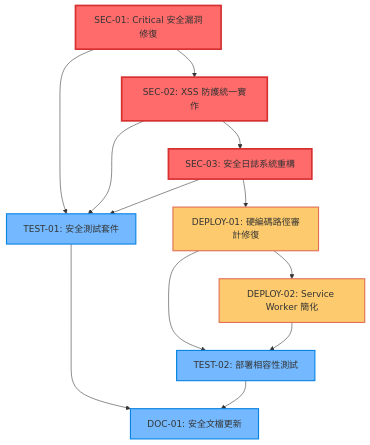
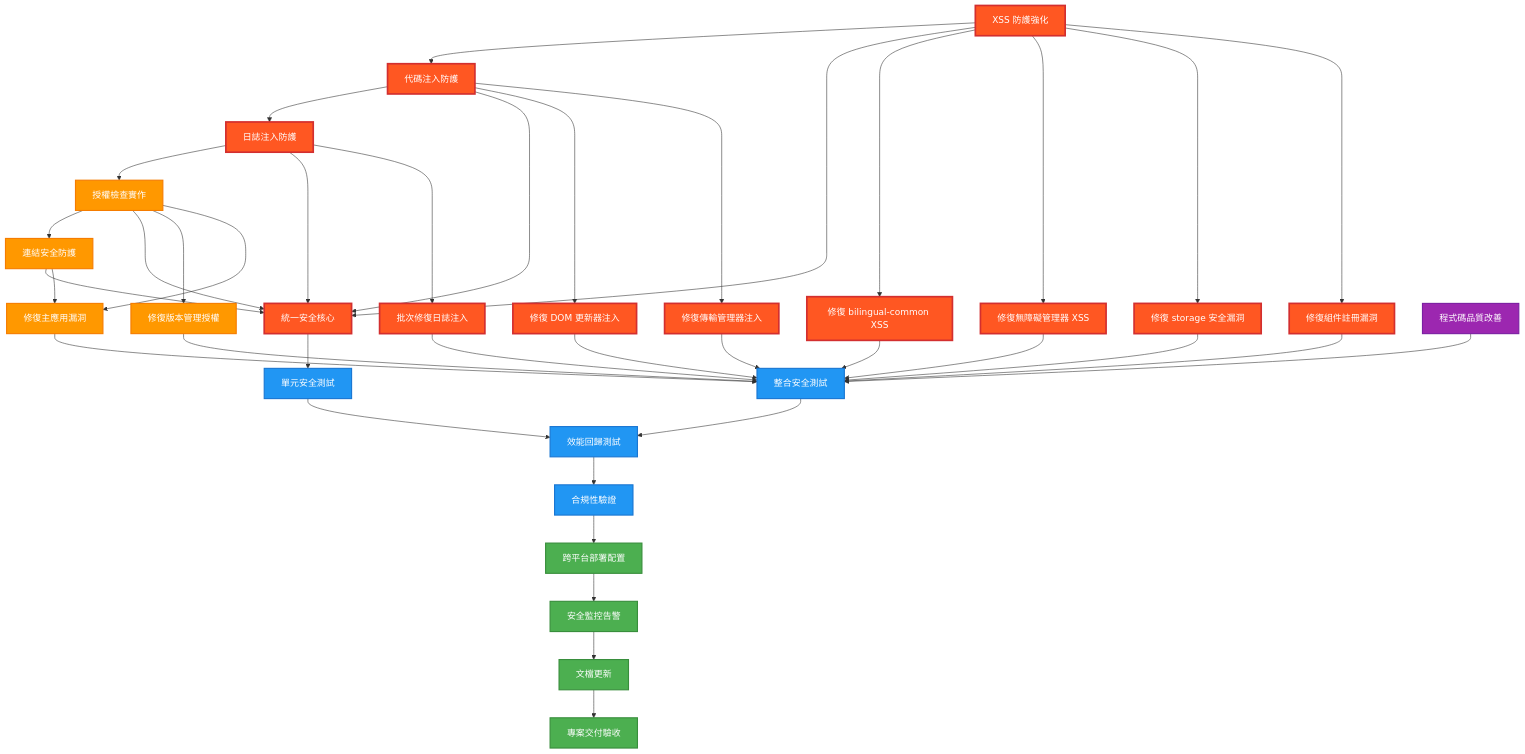
One commit to iim0663418/DB-Card changed the second of 2 diagrams in docs/tasks.md. Above: the diagram before and after it, drawn with Mermaid. The commit also changed other lines of this file and 78 other files, not shown here.

````diff
--- a/docs/tasks.md
+++ b/docs/tasks.md
@@ -57,25 +120,63 @@
 ```mermaid
 graph TD
-    SEC-01[SEC-01: Critical 安全漏洞修復] --> SEC-02[SEC-02: XSS 防護統一實作]
-    SEC-02 --> SEC-03[SEC-03: 安全日誌系統重構]
-    SEC-03 --> DEPLOY-01[DEPLOY-01: 硬編碼路徑審計修復]
-    DEPLOY-01 --> DEPLOY-02[DEPLOY-02: Service Worker 簡化]
+    %% Phase 1 - Critical Security Core
+    SEC-001[XSS 防護強化] --> SEC-002[代碼注入防護]
+    SEC-002 --> SEC-003[日誌注入防護]
+    SEC-003 --> SEC-004[授權檢查實作]
+    SEC-004 --> SEC-005[連結安全防護]
+    SEC-001 --> SEC-006[統一安全核心]
+    SEC-002 --> SEC-006
+    SEC-003 --> SEC-006
+    SEC-004 --> SEC-006
+    SEC-005 --> SEC-006
     
-    SEC-01 --> TEST-01[TEST-01: 安全測試套件]
-    SEC-02 --> TEST-01
-    SEC-03 --> TEST-01
+    %% Phase 2 - Application Security Fixes
+    SEC-001 --> APP-001[修復 bilingual-common XSS]
+    SEC-001 --> APP-002[修復無障礙管理器 XSS]
+    SEC-001 --> APP-003[修復 storage 安全漏洞]
+    SEC-001 --> APP-004[修復組件註冊漏洞]
+    SEC-002 --> APP-005[修復 DOM 更新器注入]
+    SEC-002 --> APP-006[修復傳輸管理器注入]
+    SEC-004 --> APP-007[修復版本管理授權]
+    SEC-004 --> APP-008[修復主應用漏洞]
+    SEC-005 --> APP-008
+    SEC-003 --> LOG-001[批次修復日誌注入]
     
-    DEPLOY-01 --> TEST-02[TEST-02: 部署相容性測試]
-    DEPLOY-02 --> TEST-02
+    %% Phase 3 - Testing & Quality
+    SEC-006 --> TEST-001[單元安全測試]
+    APP-001 --> TEST-002[整合安全測試]
+    APP-002 --> TEST-002
+    APP-003 --> TEST-002
+    APP-004 --> TEST-002
+    APP-005 --> TEST-002
+    APP-006 --> TEST-002
+    APP-007 --> TEST-002
+    APP-008 --> TEST-002
+    LOG-001 --> TEST-002
     
-    TEST-01 --> DOC-01[DOC-01: 安全文檔更新]
-    TEST-02 --> DOC-01
+    TEST-001 --> TEST-003[效能回歸測試]
+    TEST-002 --> TEST-003
+    TEST-003 --> TEST-004[合規性驗證]
     
-    classDef critical fill:#ff6b6b,stroke:#d63031,stroke-width:3px
-    classDef high fill:#fdcb6e,stroke:#e17055,stroke-width:2px
-    classDef medium fill:#74b9ff,stroke:#0984e3,stroke-width:2px
+    %% Deployment & Documentation
+    TEST-004 --> DEPLOY-001[跨平台部署配置]
+    DEPLOY-001 --> DEPLOY-002[安全監控告警]
+    DEPLOY-002 --> DOC-001[文檔更新]
+    DOC-001 --> HANDOFF-001[專案交付驗收]
     
-    class SEC-01,SEC-02,SEC-03 critical
-    class DEPLOY-01,DEPLOY-02 high
-    class TEST-01,TEST-02,DOC-01 medium
+    %% Quality can run in parallel
+    QUA-001[程式碼品質改善] --> TEST-002
+    
+    %% Styling
+    classDef critical fill:#FF5722,stroke:#D32F2F,stroke-width:3px,color:#fff
+    classDef high fill:#FF9800,stroke:#F57C00,stroke-width:2px,color:#fff  
+    classDef testing fill:#2196F3,stroke:#1976D2,stroke-width:2px,color:#fff
+    classDef deploy fill:#4CAF50,stroke:#388E3C,stroke-width:2px,color:#fff
+    classDef quality fill:#9C27B0,stroke:#7B1FA2,stroke-width:2px,color:#fff
+    
+    class SEC-001,SEC-002,SEC-003,SEC-006,APP-001,APP-002,APP-003,APP-004,APP-005,APP-006,LOG-001 critical
+    class SEC-004,SEC-005,APP-007,APP-008 high
+    class TEST-001,TEST-002,TEST-003,TEST-004 testing
+    class DEPLOY-001,DEPLOY-002,DOC-001,HANDOFF-001 deploy
+    class QUA-001 quality
 ```
````
